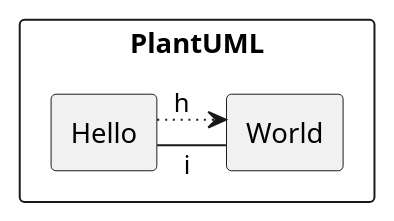
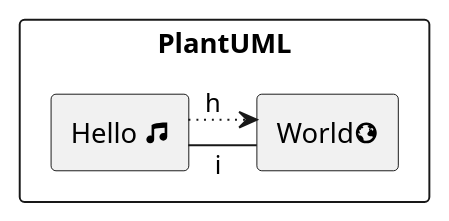
Before and after one commit to jchprj/learn-scripts: the diagram in plantuml/HelloWorld.wsd, drawn with PlantUML. The commit also changed 12 other files, not shown here.

Commit message:
PlantUML

```diff
--- a/plantuml/HelloWorld.wsd
+++ b/plantuml/HelloWorld.wsd
@@ -1,12 +1,14 @@
 @startuml HelloWorld
 
 skinparam linetype ortho
 
 rectangle "PlantUML" {
-    rectangle "Hello" as hello
-    rectangle "World" as world
+    rectangle hello  [
+        Hello <size:16><&musical-note></size>
+    ]
+    rectangle "World<size:16><&globe></size>" as world
     hello ~r~> world: h
     hello -r- world: i
 }
 
 @enduml
```
